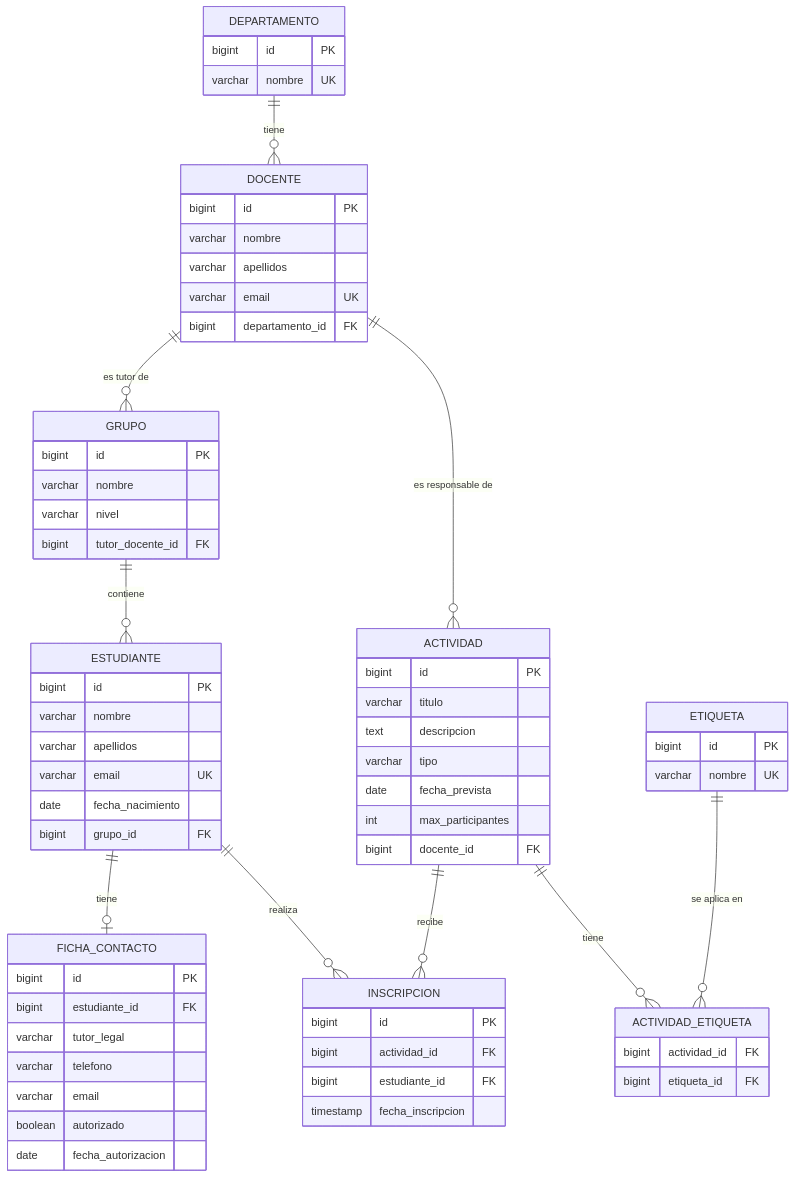
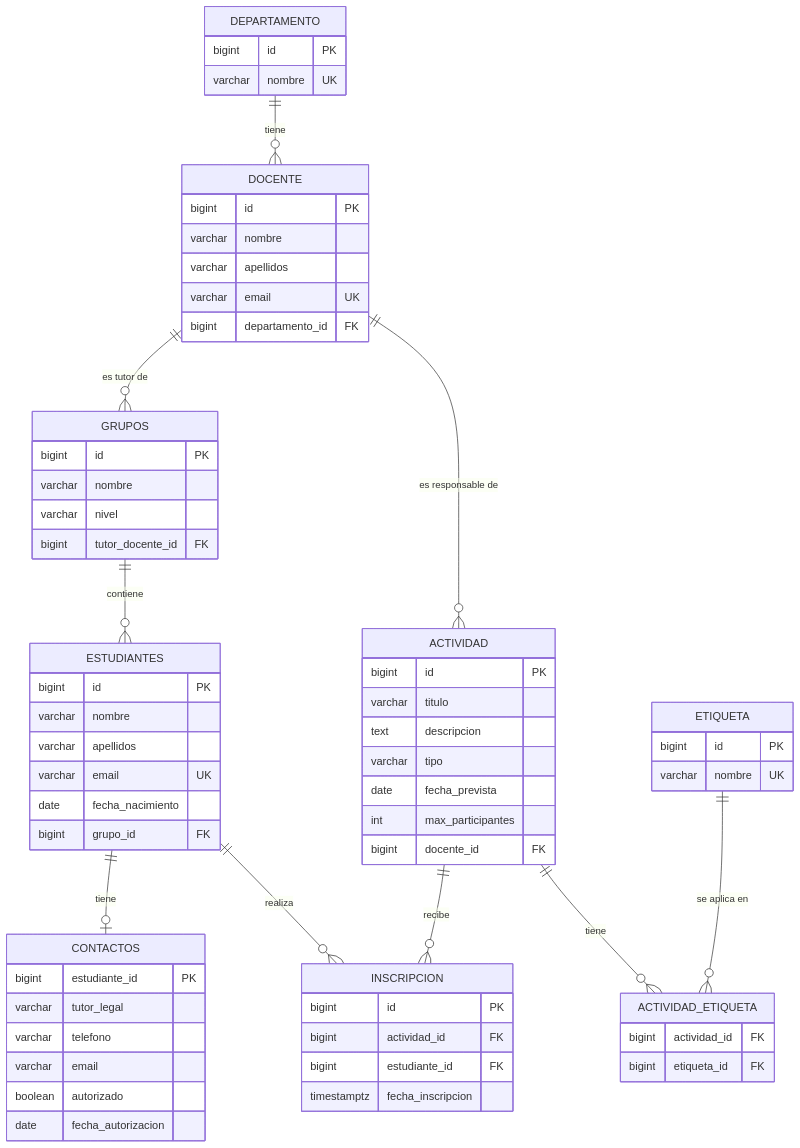
Before and after one commit to Beny2002/campusErikGabriel: the diagram in docs/modelo-datos.md, drawn with Mermaid. The commit also changed other lines of this file and 9 other files, not shown here.

````diff
--- a/docs/modelo-datos.md
+++ b/docs/modelo-datos.md
@@ -14,70 +14,69 @@
 ```mermaid
 erDiagram
   DEPARTAMENTO ||--o{ DOCENTE : tiene
-  DOCENTE ||--o{ GRUPO : "es tutor de"
-  GRUPO ||--o{ ESTUDIANTE : contiene
-  ESTUDIANTE ||--o| FICHA_CONTACTO : tiene
+  DOCENTE ||--o{ GRUPOS : "es tutor de"
+  GRUPOS ||--o{ ESTUDIANTES : contiene
+  ESTUDIANTES ||--o| CONTACTOS : tiene
   DOCENTE ||--o{ ACTIVIDAD : "es responsable de"
   ACTIVIDAD ||--o{ INSCRIPCION : recibe
-  ESTUDIANTE ||--o{ INSCRIPCION : realiza
+  ESTUDIANTES ||--o{ INSCRIPCION : realiza
   ACTIVIDAD ||--o{ ACTIVIDAD_ETIQUETA : tiene
   ETIQUETA ||--o{ ACTIVIDAD_ETIQUETA : "se aplica en"
 
   DEPARTAMENTO {
     bigint id PK
     varchar nombre UK
   }
   DOCENTE {
     bigint id PK
     varchar nombre
     varchar apellidos
     varchar email UK
     bigint departamento_id FK
   }
-  GRUPO {
+  GRUPOS {
     bigint id PK
     varchar nombre
     varchar nivel
     bigint tutor_docente_id FK
   }
-  ESTUDIANTE {
+  ESTUDIANTES {
     bigint id PK
     varchar nombre
     varchar apellidos
     varchar email UK
     date fecha_nacimiento
     bigint grupo_id FK
   }
-  FICHA_CONTACTO {
-    bigint id PK
-    bigint estudiante_id FK
+  CONTACTOS {
+    bigint estudiante_id PK
     varchar tutor_legal
     varchar telefono
     varchar email
     boolean autorizado
     date fecha_autorizacion
   }
   ACTIVIDAD {
     bigint id PK
     varchar titulo
     text descripcion
     varchar tipo
     date fecha_prevista
     int max_participantes
     bigint docente_id FK
   }
   INSCRIPCION {
     bigint id PK
     bigint actividad_id FK
     bigint estudiante_id FK
-    timestamp fecha_inscripcion
+    timestamptz fecha_inscripcion
   }
   ETIQUETA {
     bigint id PK
     varchar nombre UK
   }
   ACTIVIDAD_ETIQUETA {
     bigint actividad_id FK
     bigint etiqueta_id FK
   }
 ```
````
